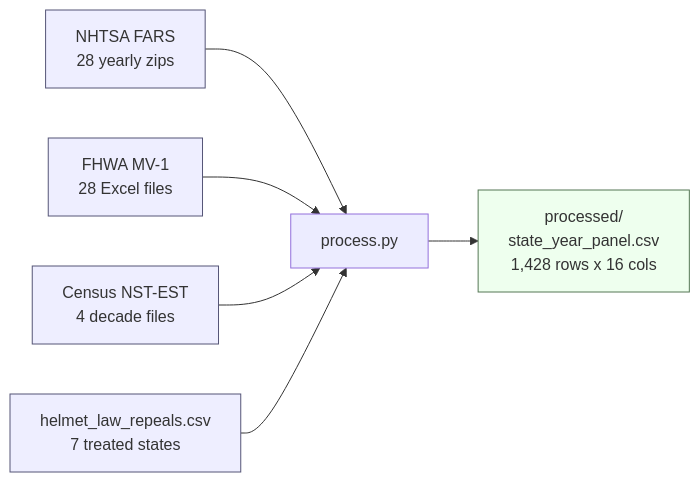
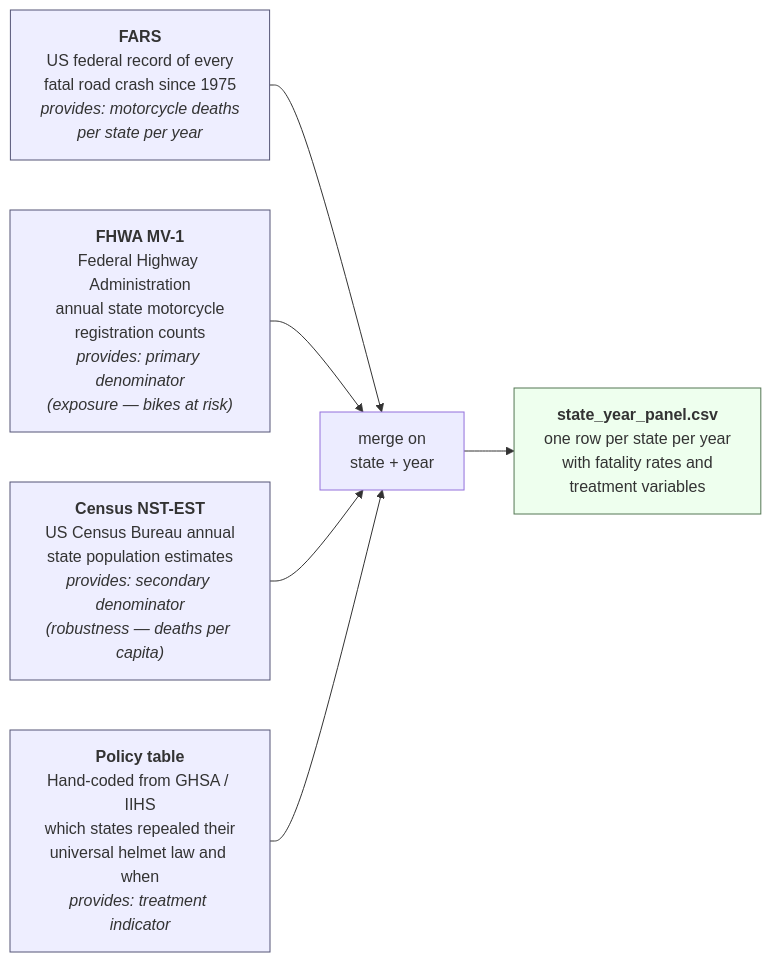
Before and after one commit to Vihaan8/causal_inference_motorcycle_laws: the first of 2 diagrams in README.md, drawn with Mermaid. The commit also changed other lines of this file, not shown here.

Commit message:
Data dictionary added, mermaid diagrams improved

````diff
--- a/README.md
+++ b/README.md
@@ -7,10 +9,10 @@
 ```mermaid
 flowchart LR
-    A[NHTSA FARS<br/>28 yearly zips]:::raw --> P[process.py]
-    B[FHWA MV-1<br/>28 Excel files]:::raw --> P
-    C[Census NST-EST<br/>4 decade files]:::raw --> P
-    D[helmet_law_repeals.csv<br/>7 treated states]:::raw --> P
-    P --> O[processed/<br/>state_year_panel.csv<br/>1,428 rows x 16 cols]:::out
+    A["<b>FARS</b><br/>US federal record of every<br/>fatal road crash since 1975<br/><i>provides: motorcycle deaths<br/>per state per year</i>"]:::raw --> M["merge on<br/>state + year"]
+    B["<b>FHWA MV-1</b><br/>Federal Highway Administration<br/>annual state motorcycle<br/>registration counts<br/><i>provides: primary denominator<br/>(exposure — bikes at risk)</i>"]:::raw --> M
+    C["<b>Census NST-EST</b><br/>US Census Bureau annual<br/>state population estimates<br/><i>provides: secondary denominator<br/>(robustness — deaths per capita)</i>"]:::raw --> M
+    D["<b>Policy table</b><br/>Hand-coded from GHSA / IIHS<br/>which states repealed their<br/>universal helmet law and when<br/><i>provides: treatment indicator</i>"]:::raw --> M
+    M --> O["<b>state_year_panel.csv</b><br/>one row per state per year<br/>with fatality rates and<br/>treatment variables"]:::out
     classDef raw fill:#eef,stroke:#557
     classDef out fill:#efe,stroke:#575
 ```
````
